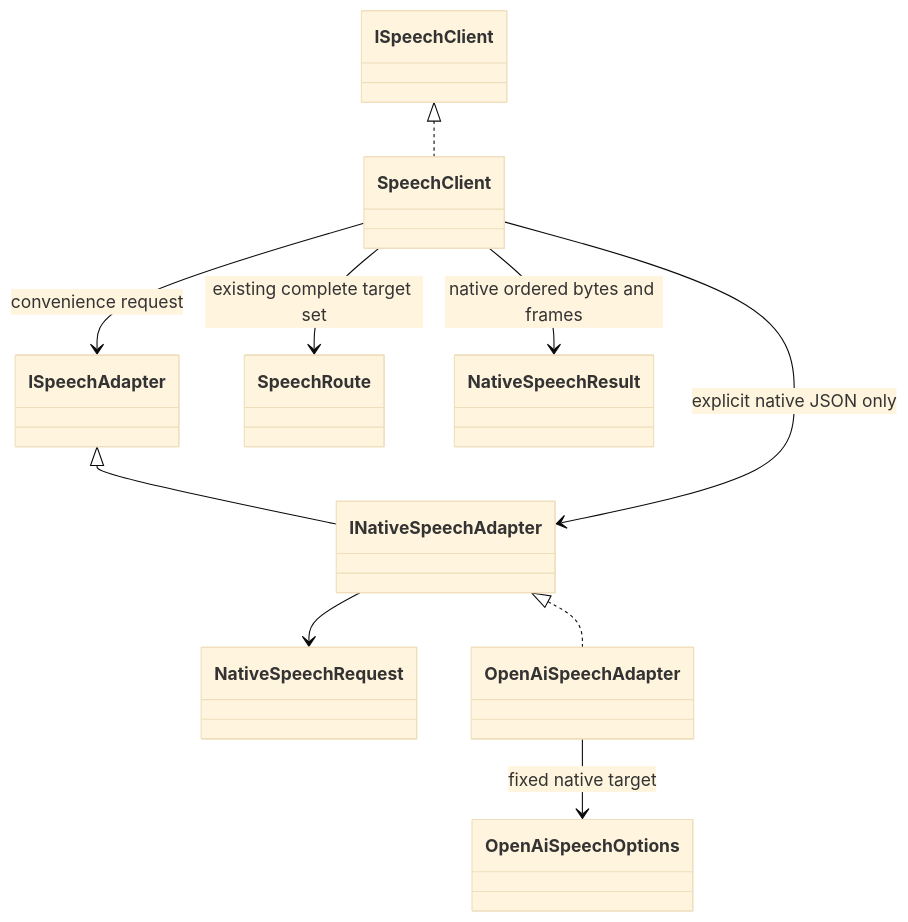
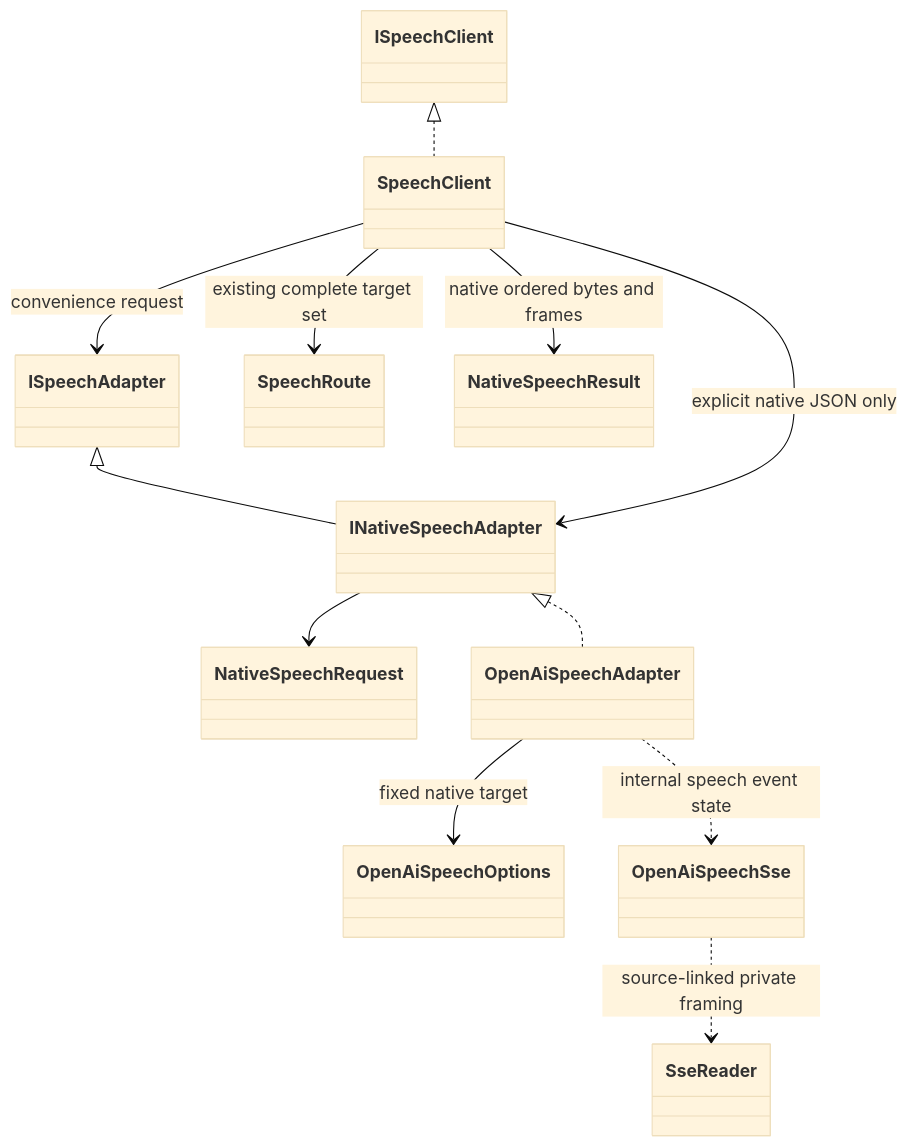
One commit to BenLampson/Asgard.Loki changed diagram 15 of 24 in docs/architecture.md. Above: the diagram before and after it, drawn with Mermaid (base theme). The commit also changed other lines of this file and 22 other files, not shown here.

Commit message:
feat(audio): preserve native OpenAI speech SSE events and completion

````diff
--- a/docs/architecture.md
+++ b/docs/architecture.md
@@ -500,12 +500,14 @@
 ```mermaid
 classDiagram
 ISpeechAdapter <|-- INativeSpeechAdapter
 ISpeechClient <|.. SpeechClient
 SpeechClient --> SpeechRoute : existing complete target set
 SpeechClient --> ISpeechAdapter : convenience request
 SpeechClient --> INativeSpeechAdapter : explicit native JSON only
 INativeSpeechAdapter --> NativeSpeechRequest
 INativeSpeechAdapter <|.. OpenAiSpeechAdapter
 OpenAiSpeechAdapter --> OpenAiSpeechOptions : fixed native target
+OpenAiSpeechAdapter ..> OpenAiSpeechSse : internal speech event state
+OpenAiSpeechSse ..> SseReader : source-linked private framing
 SpeechClient --> NativeSpeechResult : native ordered bytes and frames
 ```
````
